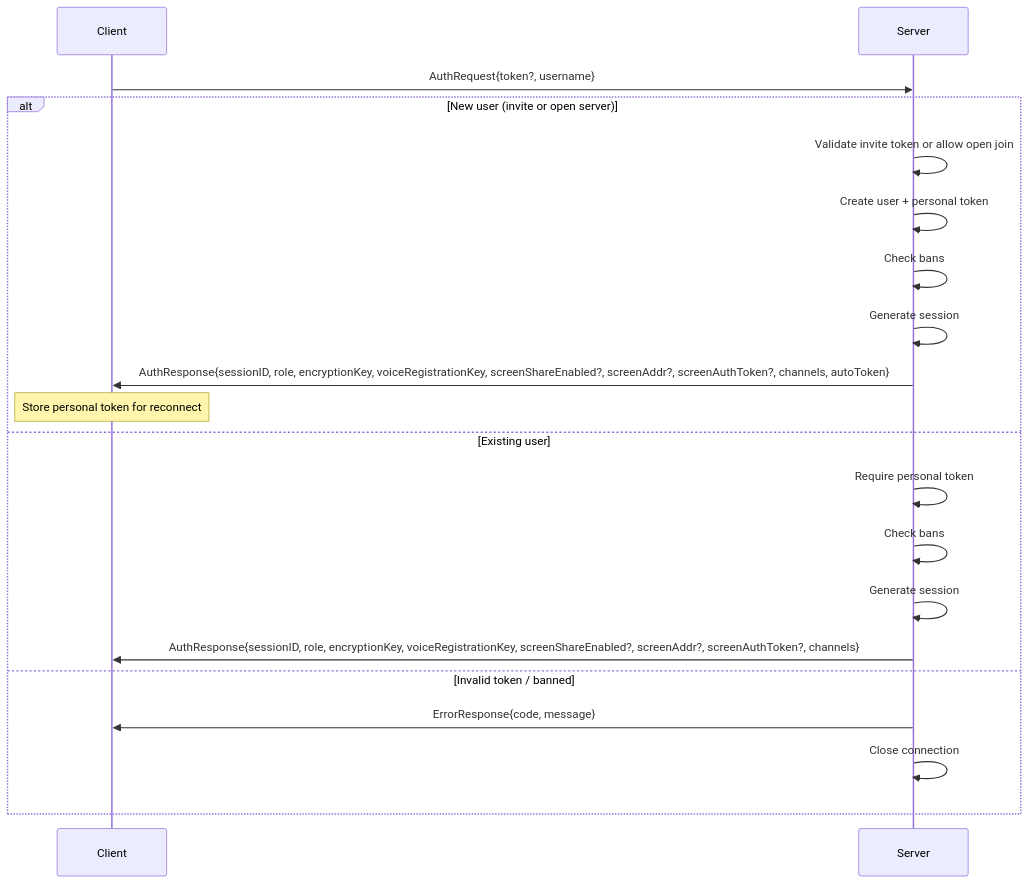
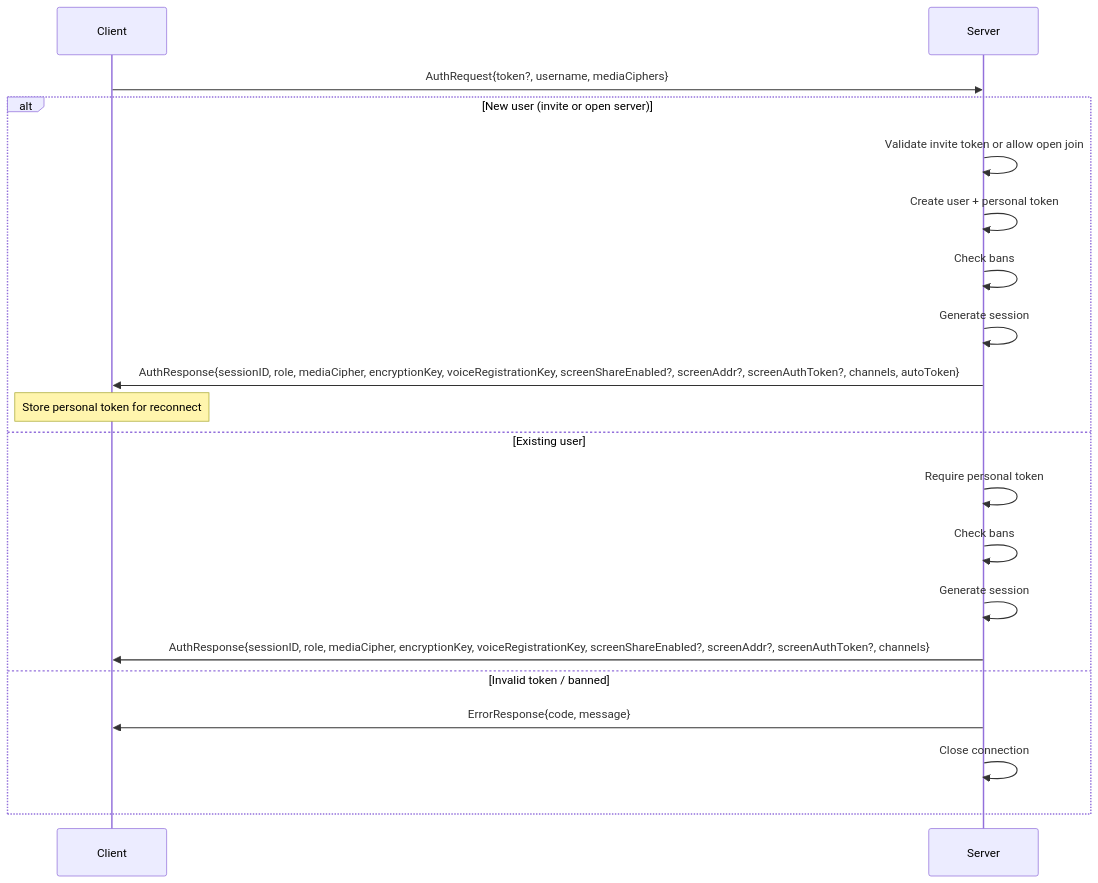
The first of 4 diagrams in docs/protocol.md (NicolasHaas/gospeak), drawn with Mermaid before and after one commit. The commit also changed other lines of this file and 32 other files, not shown here.

Commit message:
feat(media): add authenticated cipher selection

````diff
--- a/docs/protocol.md
+++ b/docs/protocol.md
@@ -65,23 +65,23 @@
 ```mermaid
 sequenceDiagram
     participant C as Client
     participant S as Server
 
-    C->>S: AuthRequest{token?, username}
+    C->>S: AuthRequest{token?, username, mediaCiphers}
     alt New user (invite or open server)
         S->>S: Validate invite token or allow open join
         S->>S: Create user + personal token
         S->>S: Check bans
         S->>S: Generate session
-        S->>C: AuthResponse{sessionID, role, encryptionKey, voiceRegistrationKey, screenShareEnabled?, screenAddr?, screenAuthToken?, channels, autoToken}
+        S->>C: AuthResponse{sessionID, role, mediaCipher, encryptionKey, voiceRegistrationKey, screenShareEnabled?, screenAddr?, screenAuthToken?, channels, autoToken}
         Note over C: Store personal token for reconnect
     else Existing user
         S->>S: Require personal token
         S->>S: Check bans
         S->>S: Generate session
-        S->>C: AuthResponse{sessionID, role, encryptionKey, voiceRegistrationKey, screenShareEnabled?, screenAddr?, screenAuthToken?, channels}
+        S->>C: AuthResponse{sessionID, role, mediaCipher, encryptionKey, voiceRegistrationKey, screenShareEnabled?, screenAddr?, screenAuthToken?, channels}
     else Invalid token / banned
         S->>C: ErrorResponse{code, message}
         S->>S: Close connection
     end
 ```
````
